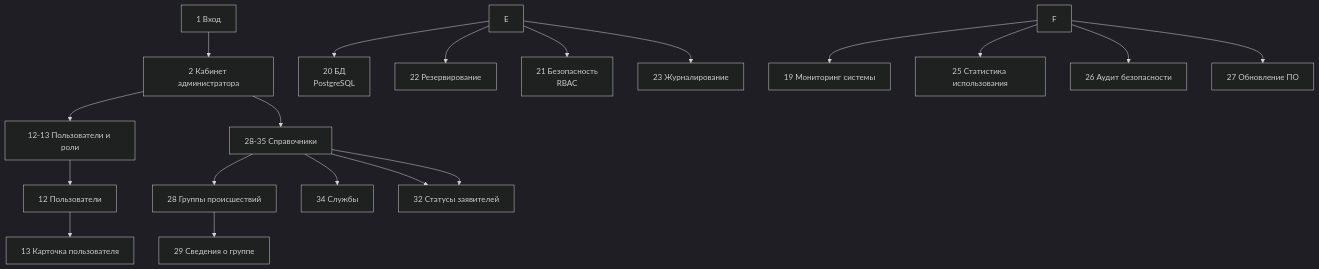
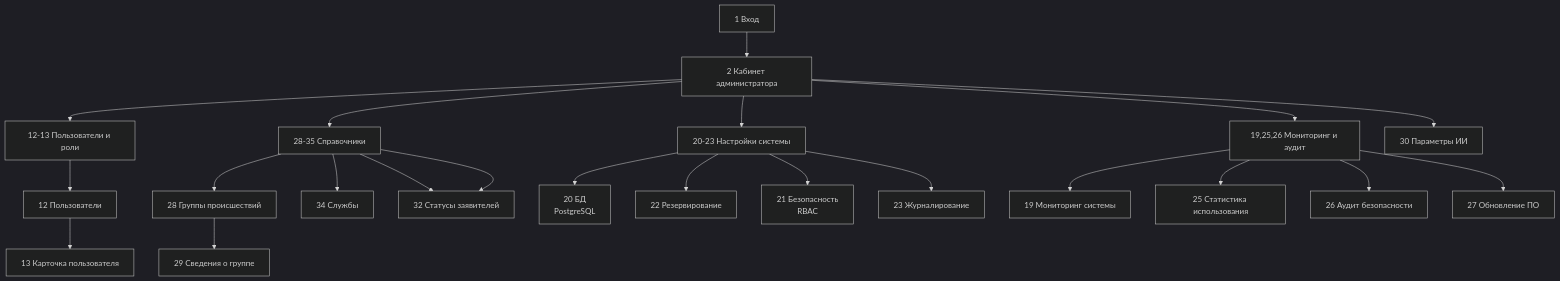
One commit to Obsidian-pb/gt_lct_hackaton changed the first of 9 diagrams in tz_for_work.qmd. Above: the diagram before and after it, drawn with Mermaid (dark theme). The commit also changed 2 other files, not shown here.

Commit message:
Admin mermaid fix
Исправил диаграмму Администратора

````diff
--- a/tz_for_work.qmd
+++ b/tz_for_work.qmd
@@ -617,29 +617,35 @@
 ```{mermaid}
 flowchart TD
     %% layer 1
     A[1 Вход]
     B[2 Кабинет администратора]
 
     C[12-13 Пользователи и роли]
     D[28-35 Справочники]
+    E[20-23 Настройки системы]
+    F[19,25,26 Мониторинг и аудит]
+    G[30 Параметры ИИ]
     
     A --> B
     B --> C
     B --> D
+    B --> E
+    B --> F
+    B --> G
 
 
     %% layer 2
     C --> CA[12 Пользователи] --> CAA[13 Карточка пользователя]
     D --> DA[28 Группы происшествий] --> DAA[29 Сведения о группе]
     D --> DB[34 Службы]
     D --> DC[31 Статусы сценариев]
     D --> DC[32 Статусы заявителей]
     E --> EA[20 БД\nPostgreSQL]
     E --> EB[22 Резервирование]
     E --> EC[21 Безопасность\nRBAC]
     E --> ED[23 Журналирование]
     F --> FA[19 Мониторинг системы]
     F --> FB[25 Статистика использования]
     F --> FC[26 Аудит безопасности]
     F --> FD[27 Обновление ПО]
 ```
````
